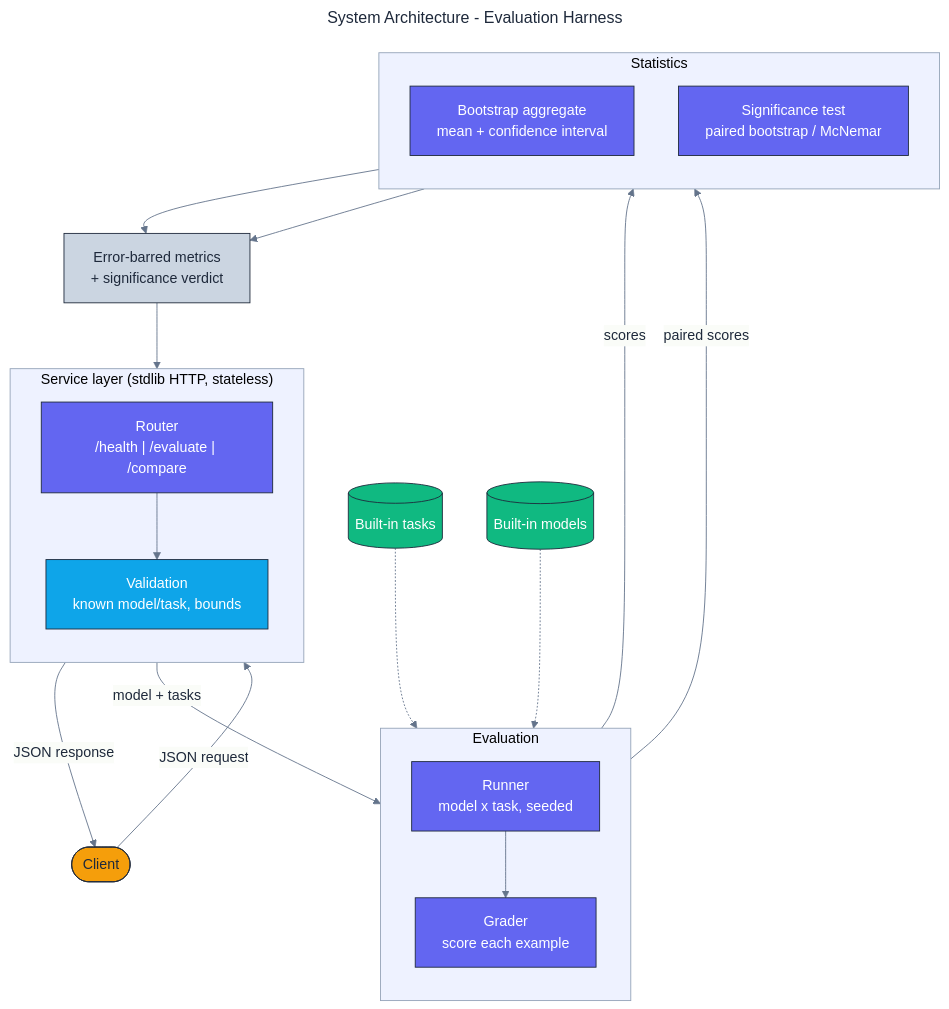
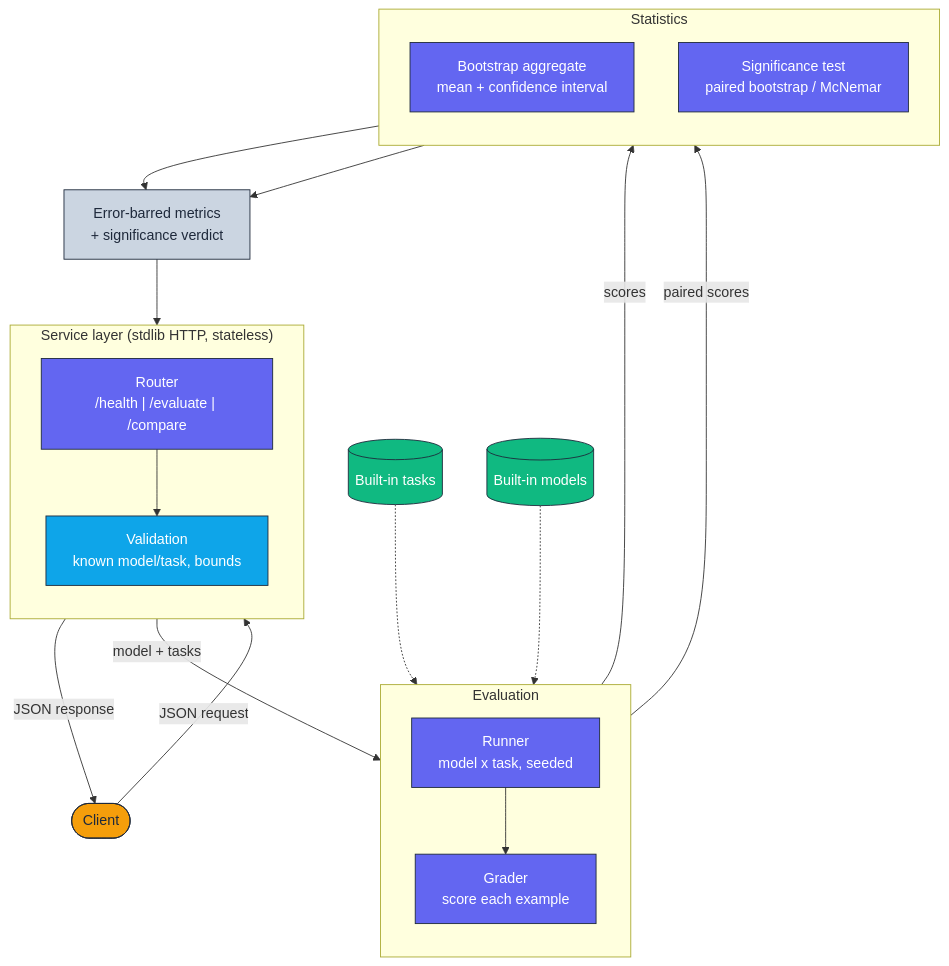
One commit to adeoluo/evaluation-harness changed the diagram in docs/architecture/architecture.mmd. Above: the diagram before and after it, drawn with Mermaid. The commit also changed 5 other files, not shown here.

```diff
--- a/docs/architecture/architecture.mmd
+++ b/docs/architecture/architecture.mmd
@@ -1,54 +1,41 @@
----
-title: System Architecture - Evaluation Harness
-config:
-  theme: base
-  themeVariables:
-    fontFamily: "Inter, system-ui, sans-serif"
-    primaryColor: "#F8FAFC"
-    primaryBorderColor: "#1E293B"
-    primaryTextColor: "#1E293B"
-    lineColor: "#64748B"
-    clusterBkg: "#EEF2FF"
-    clusterBorder: "#94A3B8"
----
-flowchart TB
+flowchart TD
     classDef edge     fill:#F59E0B,stroke:#1E293B,color:#1E293B,stroke-width:1px;
     classDef core     fill:#6366F1,stroke:#1E293B,color:#ffffff,stroke-width:1px;
     classDef data     fill:#10B981,stroke:#1E293B,color:#ffffff,stroke-width:1px;
     classDef control  fill:#0EA5E9,stroke:#1E293B,color:#ffffff,stroke-width:1px;
     classDef obs      fill:#CBD5E1,stroke:#1E293B,color:#1E293B,stroke-width:1px;
 
     Client([Client]):::edge
 
     subgraph Edge["Service layer (stdlib HTTP, stateless)"]
         direction TB
         Router["Router<br/>/health | /evaluate | /compare"]:::core
         Validate["Validation<br/>known model/task, bounds"]:::control
     end
 
     subgraph Run["Evaluation"]
         direction TB
         Runner["Runner<br/>model x task, seeded"]:::core
         Grader["Grader<br/>score each example"]:::core
     end
 
     subgraph Stats["Statistics"]
         direction TB
         Bootstrap["Bootstrap aggregate<br/>mean + confidence interval"]:::core
         Significance["Significance test<br/>paired bootstrap / McNemar"]:::core
     end
 
     Tasks[(Built-in tasks)]:::data
     Models[(Built-in models)]:::data
     Report["Error-barred metrics<br/>+ significance verdict"]:::obs
 
     Client -->|JSON request| Router --> Validate
     Tasks -.-> Runner
     Models -.-> Runner
     Validate -->|model + tasks| Runner
     Runner --> Grader
     Grader -->|scores| Bootstrap
     Grader -->|paired scores| Significance
     Bootstrap --> Report
     Significance --> Report
     Report --> Router -->|JSON response| Client
```
